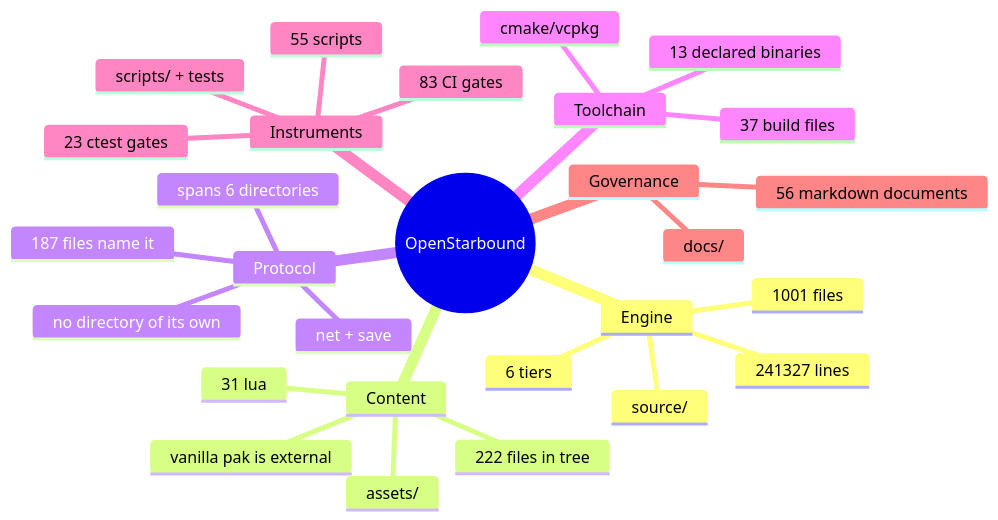
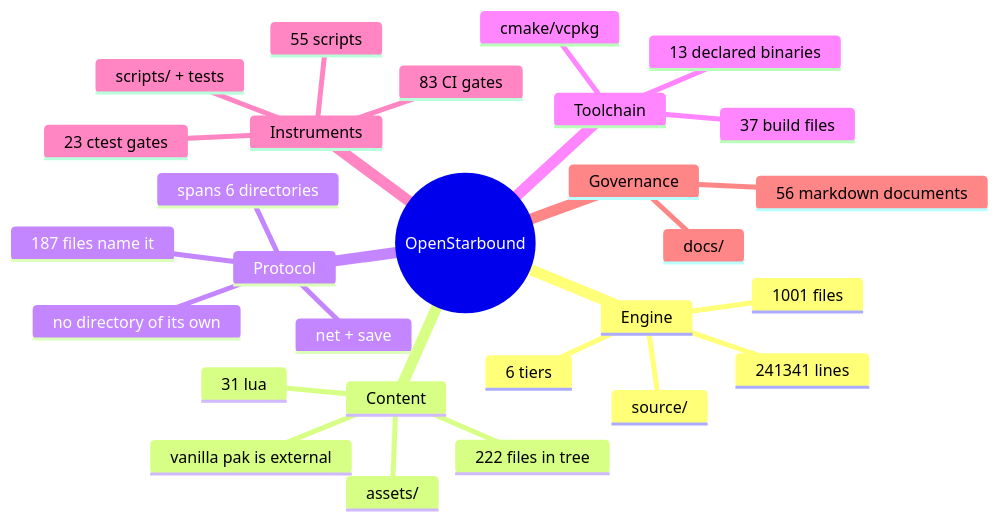
Before and after one commit to apnex/OpenStarbound: the second of 11 diagrams in docs/architecture/system-boundaries.md, drawn with Mermaid. The commit also changed other lines of this file and 2 other files, not shown here.

````diff
--- a/docs/architecture/system-boundaries.md
+++ b/docs/architecture/system-boundaries.md
@@ -166,31 +166,31 @@
 ```mermaid
 mindmap
   root((OpenStarbound))
     Engine
       source/
       1001 files
-      241327 lines
+      241341 lines
       6 tiers
     Content
       assets/
       222 files in tree
       31 lua
       vanilla pak is external
     Protocol
       net + save
       187 files name it
       spans 6 directories
       no directory of its own
     Toolchain
       cmake/vcpkg
       37 build files
       13 declared binaries
     Instruments
       scripts/ + tests
       55 scripts
       23 ctest gates
       83 CI gates
     Governance
       docs/
       56 markdown documents
 ```
````
